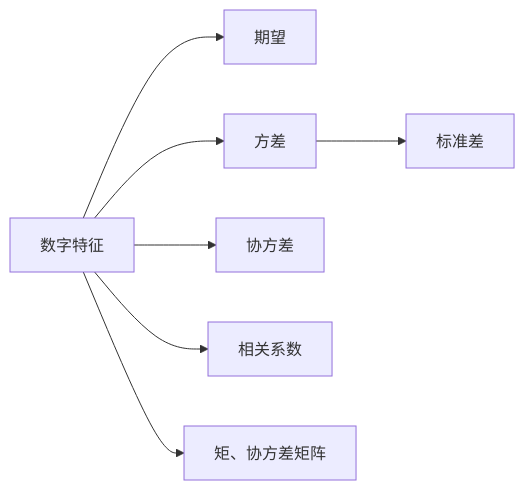
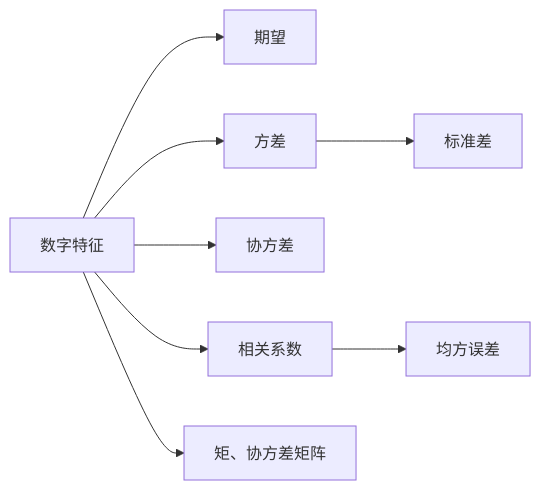
The diagram in src/site/notes/随机变量的数字特征.md (UNLINEARITY/Learn-Everything), drawn with Mermaid before and after one commit. The commit also changed other lines of this file, not shown here.

````diff
--- a/src/site/notes/随机变量的数字特征.md
+++ b/src/site/notes/随机变量的数字特征.md
@@ -9,5 +10,6 @@
 ```mermaid
 graph LR
-数字特征 --> 1[期望] & 2[方差] & 3[协方差] & 4[相关系数] & 5[矩、协方差矩阵]
+数字特征-->1[期望] & 2[方差] & 3[协方差] & 4[相关系数] & 5[矩、协方差矩阵]
 2--> 标准差
+4--> 均方误差
 ```
````
